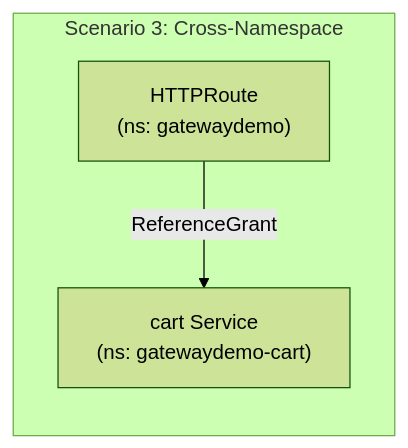
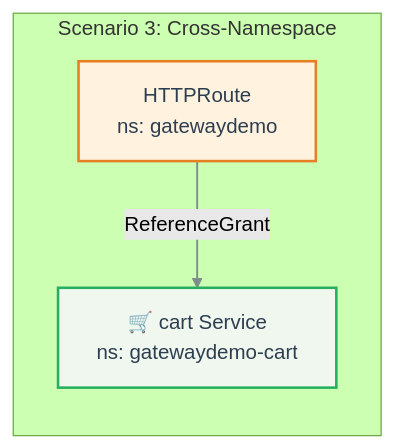
Before and after one commit to DKT-AI/gateway-api-migration-demo: the fourth of 5 diagrams in docs/labs/README.md, drawn with Mermaid (forest theme). The commit also changed other lines of this file and 4 other files, not shown here.

First line of the commit message:
Style all mermaid diagrams with ocean palette for GitHub

````diff
--- a/docs/labs/README.md
+++ b/docs/labs/README.md
@@ -102,6 +135,13 @@
 ```mermaid
-graph LR
-    subgraph "Scenario 3: Cross-Namespace"
-        A4["HTTPRoute<br/>(ns: gatewaydemo)"] -->|ReferenceGrant| B4["cart Service<br/>(ns: gatewaydemo-cart)"]
+flowchart LR
+    subgraph S3["Scenario 3: Cross-Namespace"]
+        A4["HTTPRoute<br/>ns: gatewaydemo"] -->|"ReferenceGrant"| B4["🛒 cart Service<br/>ns: gatewaydemo-cart"]
     end
+
+    classDef accent fill:#FFF3E0,stroke:#E67E22,stroke-width:2px,color:#2C3E50
+    classDef secondary fill:#F0F7EE,stroke:#27AE60,stroke-width:2px,color:#2C3E50
+    linkStyle default stroke:#7F8C8D,stroke-width:1.5px
+
+    class A4 accent
+    class B4 secondary
 ```
````
